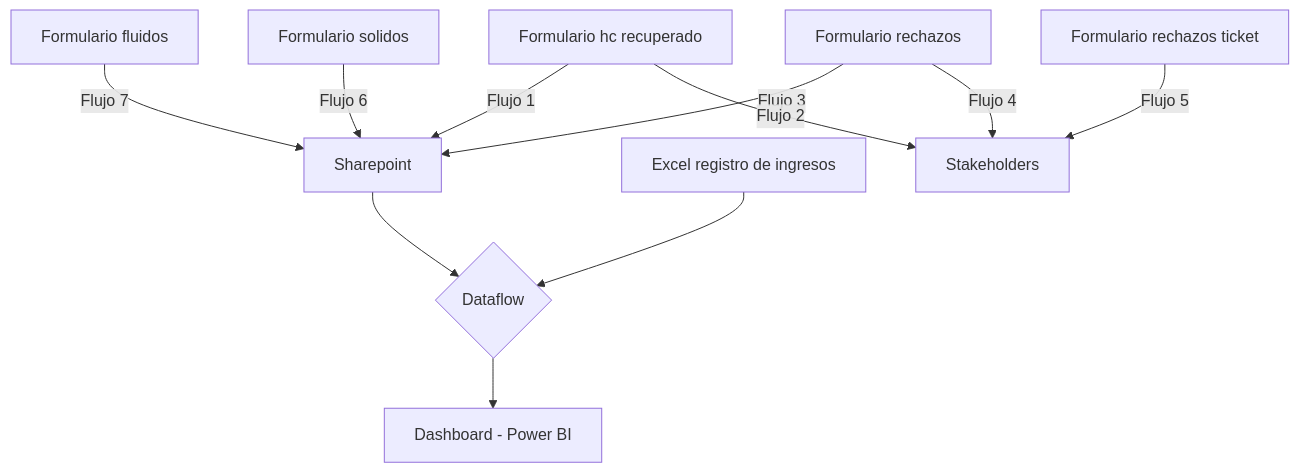
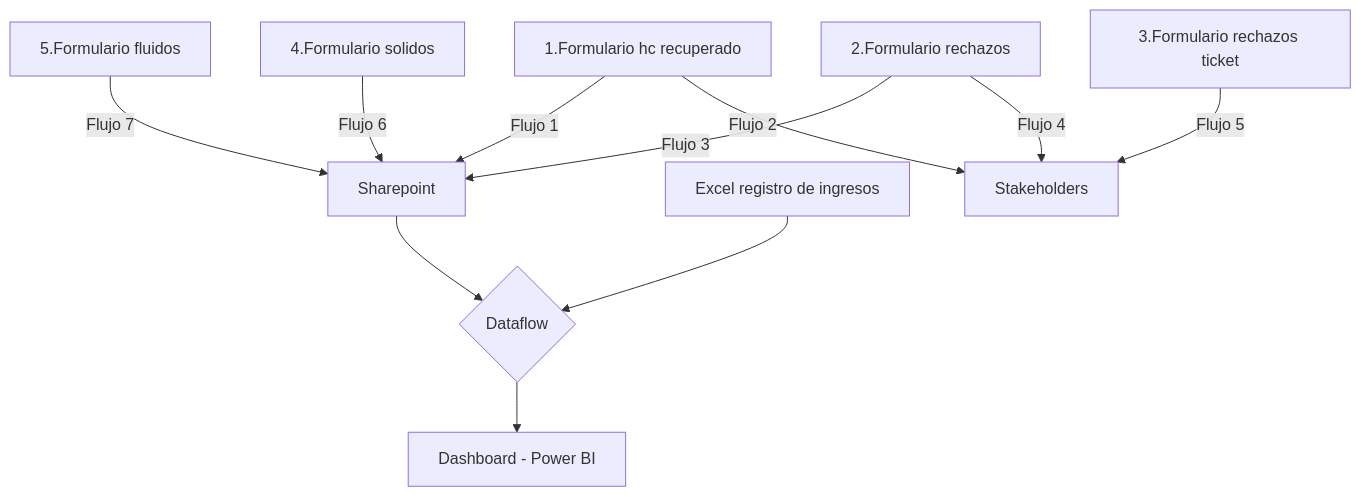
The first of 2 diagrams in 2024_PowerAutomate_automatizacion_lab/readme.md (daianaagustini/Portfolio_PowerBI), drawn with Mermaid before and after one commit. The commit also changed other lines of this file, not shown here.

Commit message:
otro commit

````diff
--- a/2024_PowerAutomate_automatizacion_lab/readme.md
+++ b/2024_PowerAutomate_automatizacion_lab/readme.md
@@ -37,14 +37,14 @@
 ```mermaid
 flowchart TD
     
-    B[Formulario fluidos] --> |Flujo 7|I
-    C[Formulario solidos] --> |Flujo 6|I
+    B[ 5.Formulario fluidos] --> |Flujo 7|I
+    C[4.Formulario solidos] --> |Flujo 6|I
     D[Excel registro de ingresos] -->E 
-    H[Formulario hc recuperado] -->|Flujo 1|I
-    A[Formulario rechazos] --> |Flujo 3| I
-    J[Formulario rechazos ticket] --> |Flujo 5| G
+    H[1.Formulario hc recuperado] -->|Flujo 1|I
+    A[2.Formulario rechazos] --> |Flujo 3| I
+    J[3.Formulario rechazos ticket] --> |Flujo 5| G
     E{Dataflow} --> F[Dashboard - Power BI]
     A -->|Flujo 4| G[Stakeholders]
     H -->|Flujo 2| G[Stakeholders]
     I[Sharepoint]-->E
 ```
````
